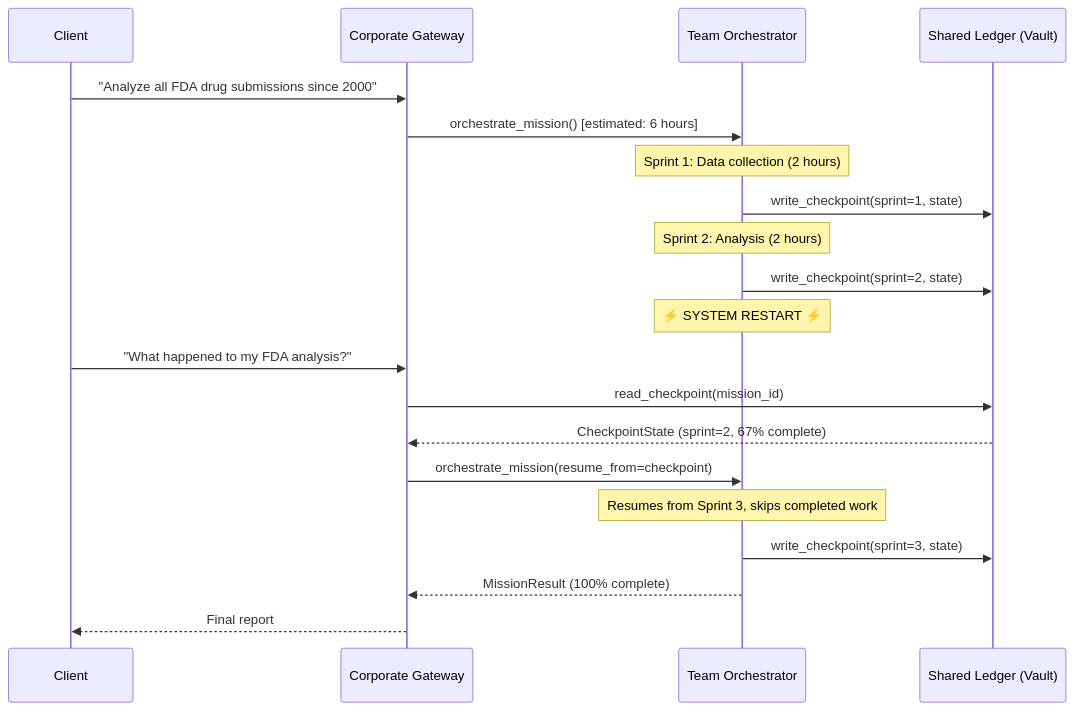
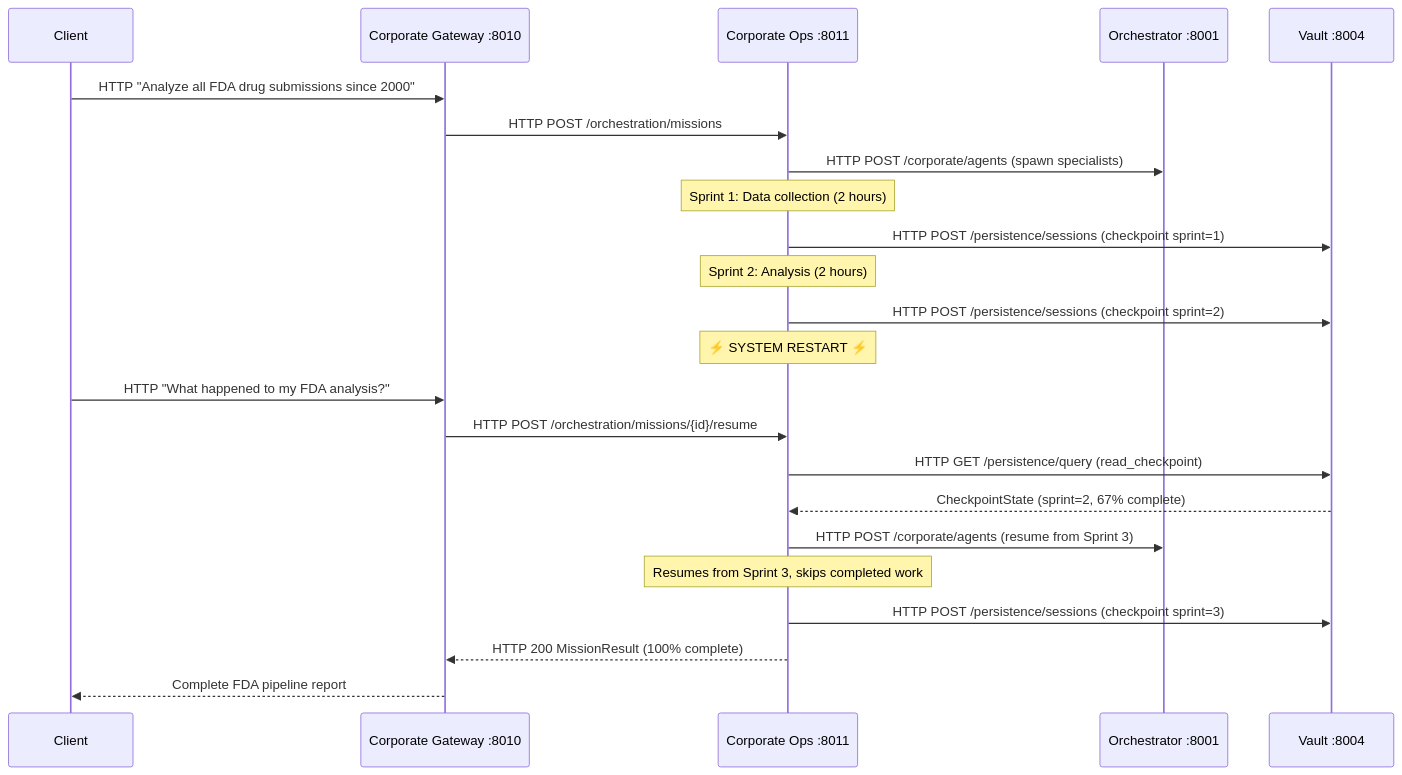
Before and after one commit to azzindani/Kea: the fifth of 5 diagrams in redesign/tier_8_architecture.md, drawn with Mermaid. The commit also changed other lines of this file and 3 other files, not shown here.

Commit message:
feat: Document the new Tier 8 microservices architecture, outline Tier 9, and add Qwen3 embedding and reranker components.

````diff
--- a/redesign/tier_8_architecture.md
+++ b/redesign/tier_8_architecture.md
@@ -831,27 +1100,30 @@
 ```mermaid
 sequenceDiagram
     participant Client
-    participant Gateway as Corporate Gateway
-    participant TO as Team Orchestrator
-    participant SL as Shared Ledger (Vault)
-
-    Client->>Gateway: "Analyze all FDA drug submissions since 2000"
-    Gateway->>TO: orchestrate_mission() [estimated: 6 hours]
-
-    Note over TO: Sprint 1: Data collection (2 hours)
-    TO->>SL: write_checkpoint(sprint=1, state)
-    Note over TO: Sprint 2: Analysis (2 hours)
-    TO->>SL: write_checkpoint(sprint=2, state)
-
-    Note over TO: ⚡ SYSTEM RESTART ⚡
-
-    Client->>Gateway: "What happened to my FDA analysis?"
-    Gateway->>SL: read_checkpoint(mission_id)
-    SL-->>Gateway: CheckpointState (sprint=2, 67% complete)
-    Gateway->>TO: orchestrate_mission(resume_from=checkpoint)
-    Note over TO: Resumes from Sprint 3, skips completed work
-
-    TO->>SL: write_checkpoint(sprint=3, state)
-    TO-->>Gateway: MissionResult (100% complete)
-    Gateway-->>Client: Final report
+    participant CG as Corporate Gateway :8010
+    participant CO as Corporate Ops :8011
+    participant Orch as Orchestrator :8001
+    participant Vault as Vault :8004
+ 
+    Client->>CG: HTTP "Analyze all FDA drug submissions since 2000"
+    CG->>CO: HTTP POST /orchestration/missions
+    CO->>Orch: HTTP POST /corporate/agents (spawn specialists)
+ 
+    Note over CO: Sprint 1: Data collection (2 hours)
+    CO->>Vault: HTTP POST /persistence/sessions (checkpoint sprint=1)
+    Note over CO: Sprint 2: Analysis (2 hours)
+    CO->>Vault: HTTP POST /persistence/sessions (checkpoint sprint=2)
+ 
+    Note over CO: ⚡ SYSTEM RESTART ⚡
+ 
+    Client->>CG: HTTP "What happened to my FDA analysis?"
+    CG->>CO: HTTP POST /orchestration/missions/{id}/resume
+    CO->>Vault: HTTP GET /persistence/query (read_checkpoint)
+    Vault-->>CO: CheckpointState (sprint=2, 67% complete)
+    CO->>Orch: HTTP POST /corporate/agents (resume from Sprint 3)
+    Note over CO: Resumes from Sprint 3, skips completed work
+ 
+    CO->>Vault: HTTP POST /persistence/sessions (checkpoint sprint=3)
+    CO-->>CG: HTTP 200 MissionResult (100% complete)
+    CG-->>Client: Complete FDA pipeline report
 ```
````
